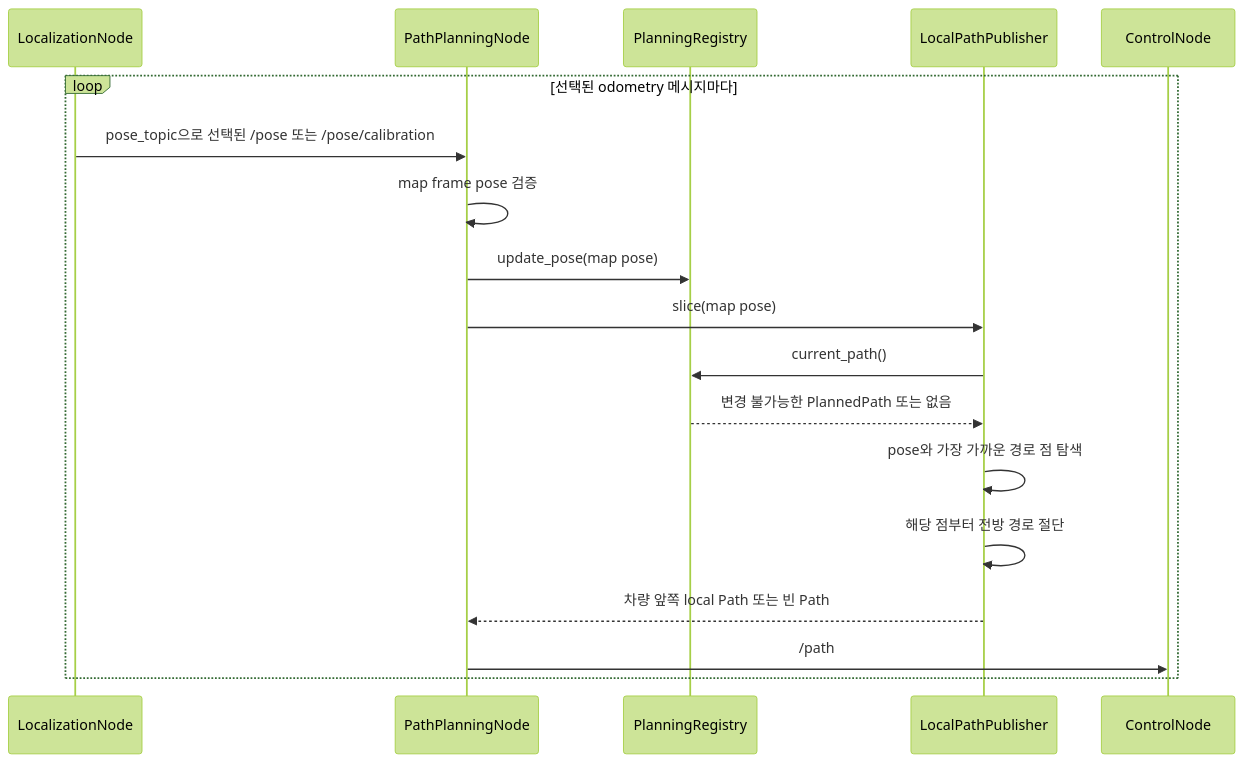
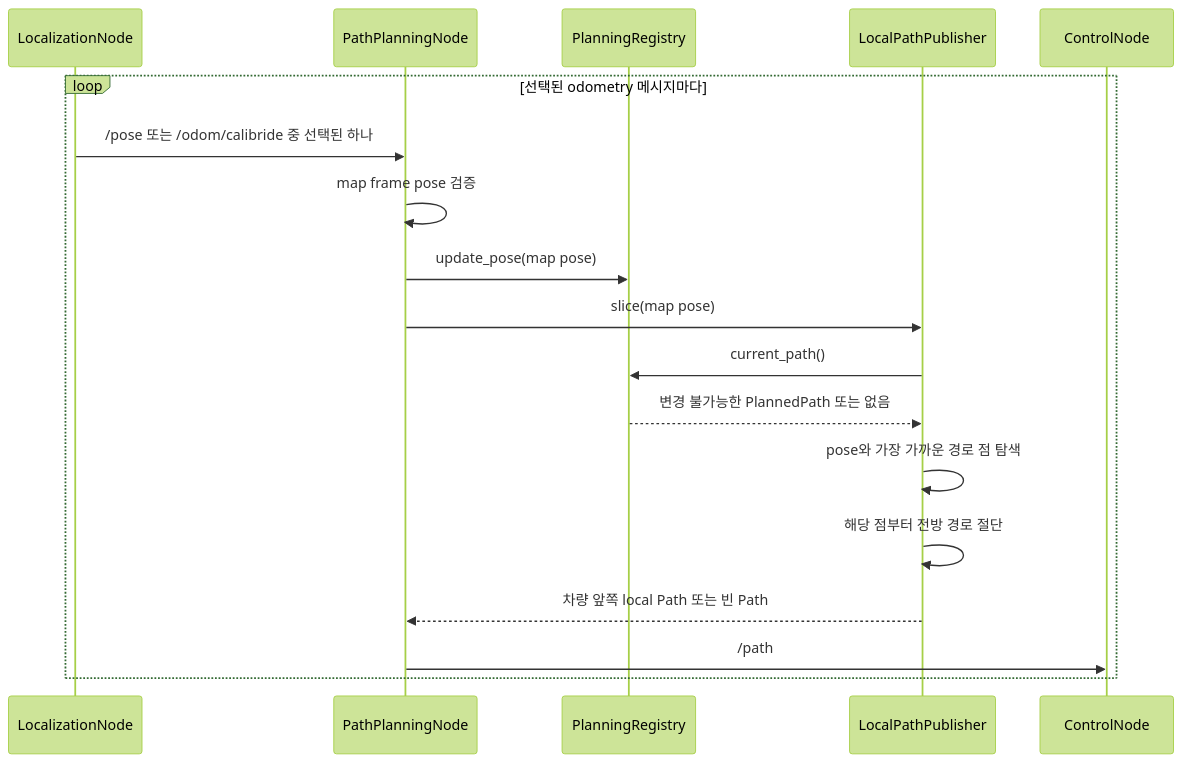
One commit to Team-Stier/AMET2026_coex_stier changed the third of 3 diagrams in src/path_planning/README.md. Above: the diagram before and after it, drawn with Mermaid (forest theme). The commit also changed other lines of this file and 8 other files, not shown here.

First line of the commit message:
revert: calibration pose 입력 계약 유지

````diff
--- a/src/path_planning/README.md
+++ b/src/path_planning/README.md
@@ -356,21 +357,21 @@
 ```mermaid
 sequenceDiagram
     participant LOC as LocalizationNode
     participant N as PathPlanningNode
     participant REG as PlanningRegistry
     participant LP as LocalPathPublisher
     participant CTRL as ControlNode
 
     loop 선택된 odometry 메시지마다
-        LOC->>N: pose_topic으로 선택된 /pose 또는 /pose/calibration
+        LOC->>N: /pose 또는 /odom/calibride 중 선택된 하나
         N->>N: map frame pose 검증
         N->>REG: update_pose(map pose)
         N->>LP: slice(map pose)
         LP->>REG: current_path()
         REG-->>LP: 변경 불가능한 PlannedPath 또는 없음
         LP->>LP: pose와 가장 가까운 경로 점 탐색
         LP->>LP: 해당 점부터 전방 경로 절단
         LP-->>N: 차량 앞쪽 local Path 또는 빈 Path
         N->>CTRL: /path
     end
 ```
````
